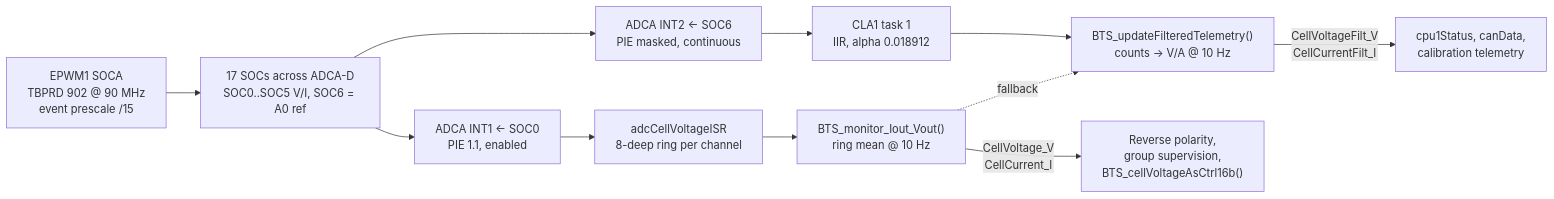
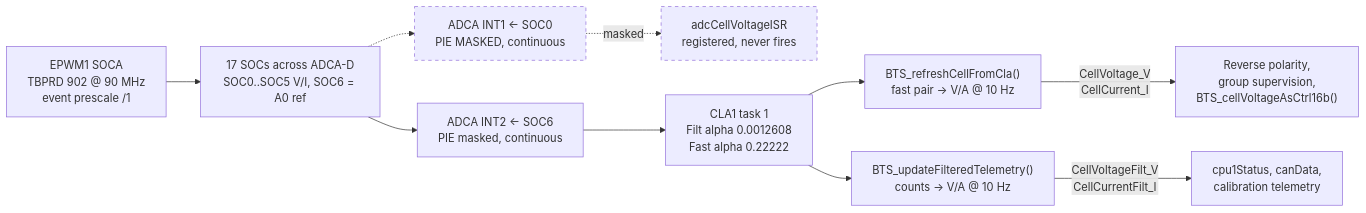
One commit to ArakniD/Lion-IRVT changed the second of 6 diagrams in Hardware/source/Docs/data-flow.md. Above: the diagram before and after it, drawn with Mermaid. The commit also changed other lines of this file and 11 other files, not shown here.

````diff
--- a/Hardware/source/Docs/data-flow.md
+++ b/Hardware/source/Docs/data-flow.md
@@ -157,20 +176,25 @@
 ```mermaid
 flowchart LR
-    SOC["EPWM1 SOCA<br/>TBPRD 902 @ 90 MHz<br/>event prescale /15"]
+    SOC["EPWM1 SOCA<br/>TBPRD 902 @ 90 MHz<br/>event prescale /1"]
     SWEEP["17 SOCs across ADCA-D<br/>SOC0..SOC5 V/I, SOC6 = A0 ref"]
-    I1["ADCA INT1 ← SOC0<br/>PIE 1.1, enabled"]
+    I1["ADCA INT1 ← SOC0<br/>PIE MASKED, continuous"]
     I2["ADCA INT2 ← SOC6<br/>PIE masked, continuous"]
-    ISR["adcCellVoltageISR<br/>8-deep ring per channel"]
-    CLA1["CLA1 task 1<br/>IIR, alpha 0.018912"]
-    MEAN["BTS_monitor_Iout_Vout()<br/>ring mean @ 10 Hz"]
+    ISR["adcCellVoltageISR<br/>registered, never fires"]
+    CLA1["CLA1 task 1<br/>Filt alpha 0.0012608<br/>Fast alpha 0.22222"]
+    FAST["BTS_refreshCellFromCla()<br/>fast pair → V/A @ 10 Hz"]
     UPD["BTS_updateFilteredTelemetry()<br/>counts → V/A @ 10 Hz"]
     SAFE["Reverse polarity,<br/>group supervision,<br/>BTS_cellVoltageAsCtrl16b()"]
     TEL["cpu1Status, canData,<br/>calibration telemetry"]
 
     SOC --> SWEEP
-    SWEEP --> I1 --> ISR --> MEAN
-    SWEEP --> I2 --> CLA1 --> UPD
-    MEAN -->|"CellVoltage_V<br/>CellCurrent_I"| SAFE
-    MEAN -.->|"fallback"| UPD
+    SWEEP -.-> I1
+    I1 -.->|"masked"| ISR
+    SWEEP --> I2 --> CLA1
+    CLA1 --> FAST
+    CLA1 --> UPD
+    FAST -->|"CellVoltage_V<br/>CellCurrent_I"| SAFE
     UPD -->|"CellVoltageFilt_V<br/>CellCurrentFilt_I"| TEL
+
+    style ISR stroke-dasharray: 5 5
+    style I1 stroke-dasharray: 5 5
 ```
````
